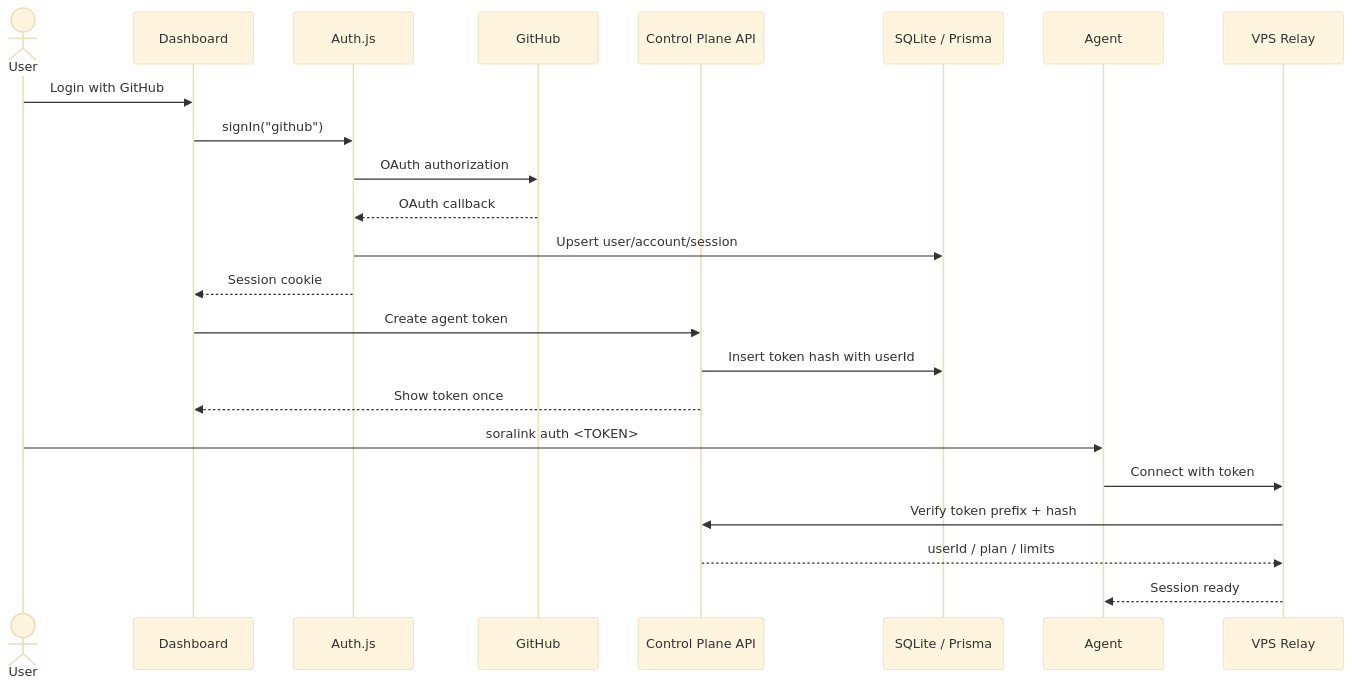
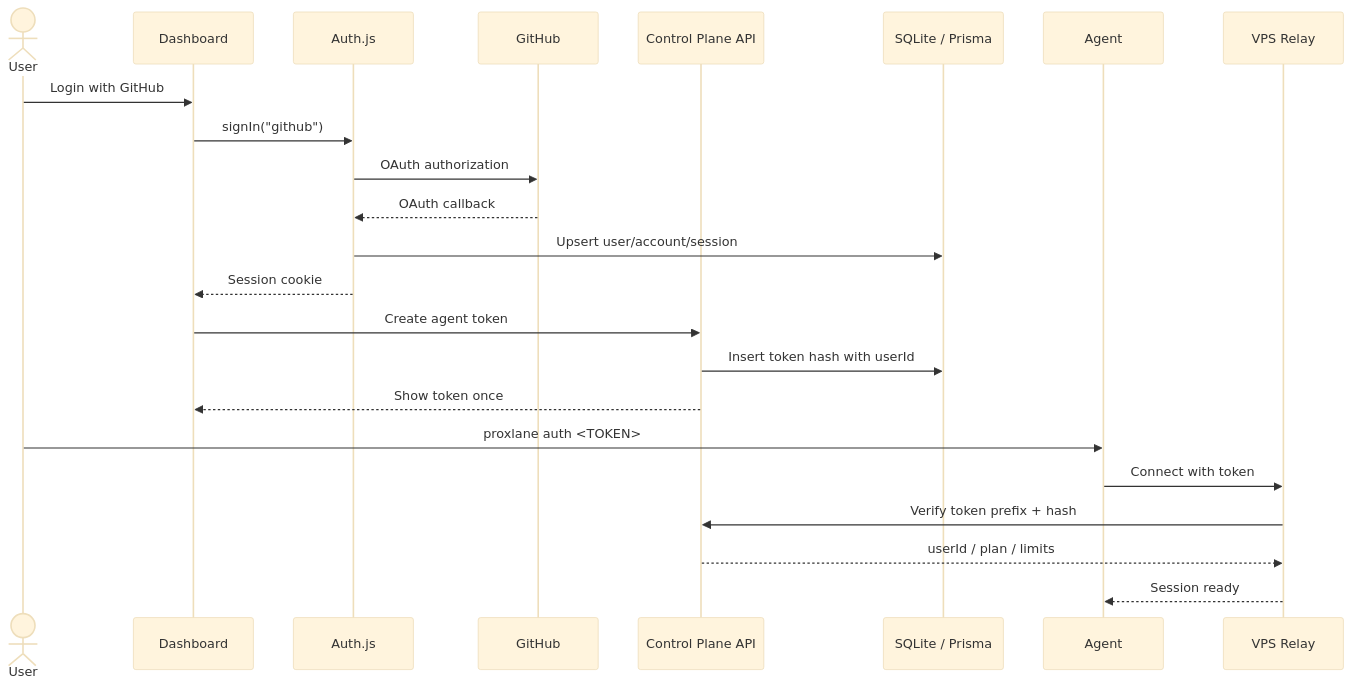
Before and after one commit to yuzu-krs/proxlane-support: the second of 3 diagrams in docs/technical-spec.md, drawn with Mermaid (base theme). The commit also changed other lines of this file and 7 other files, not shown here.

````diff
--- a/docs/technical-spec.md
+++ b/docs/technical-spec.md
@@ -43,26 +43,26 @@
 ```mermaid
 sequenceDiagram
     actor User
     participant Dashboard
     participant Auth as Auth.js
     participant GitHub
     participant API as Control Plane API
     participant DB as SQLite / Prisma
     participant Agent
     participant Relay as VPS Relay
 
     User->>Dashboard: Login with GitHub
     Dashboard->>Auth: signIn("github")
     Auth->>GitHub: OAuth authorization
     GitHub-->>Auth: OAuth callback
     Auth->>DB: Upsert user/account/session
     Auth-->>Dashboard: Session cookie
     Dashboard->>API: Create agent token
     API->>DB: Insert token hash with userId
     API-->>Dashboard: Show token once
-    User->>Agent: soralink auth <TOKEN>
+    User->>Agent: proxlane auth <TOKEN>
     Agent->>Relay: Connect with token
     Relay->>API: Verify token prefix + hash
     API-->>Relay: userId / plan / limits
     Relay-->>Agent: Session ready
 ```
````
